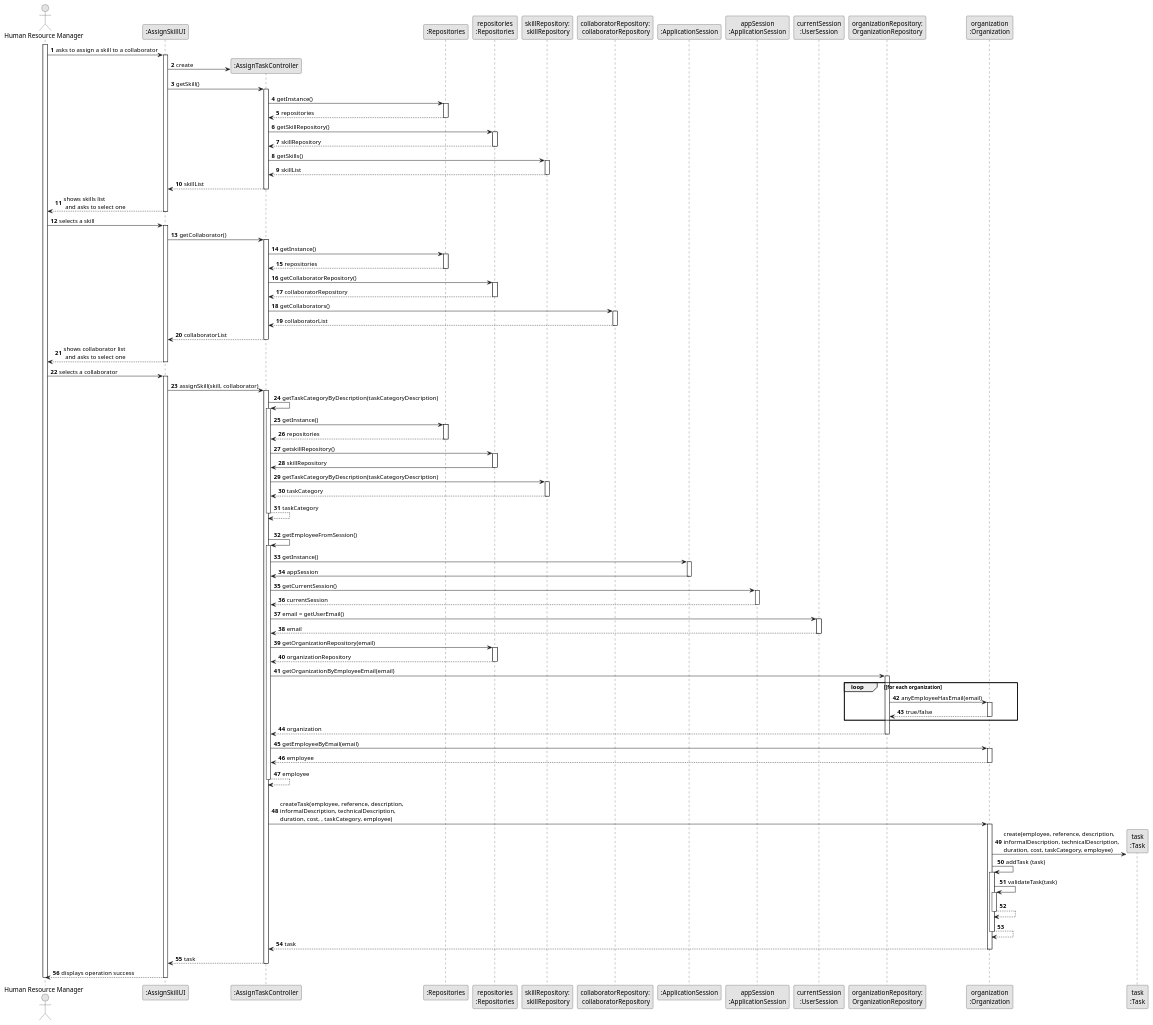
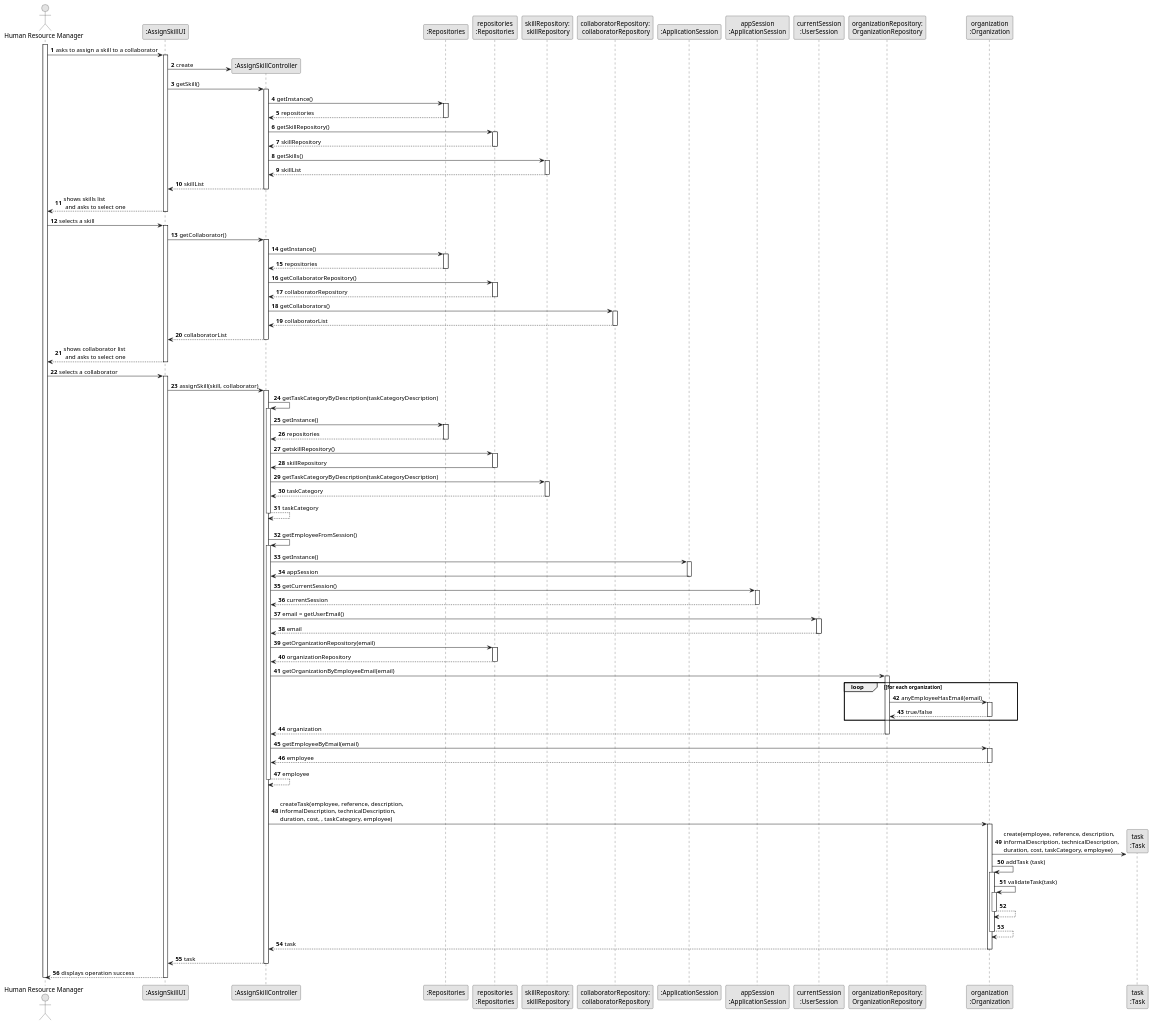
One commit to Departamento-de-Engenharia-Informatica/lei-24-s2-1dl-g121 changed the diagram in docs/sprintB/us004/03.design/puml/us004-sequence-diagram-full.puml. Above: the diagram before and after it, drawn with PlantUML. The commit also changed 1 other file, not shown here.

Commit message:
updated project-domain-model.puml and us004-sequence-diagram-full.puml

```diff
--- a/docs/sprintB/us004/03.design/puml/us004-sequence-diagram-full.puml
+++ b/docs/sprintB/us004/03.design/puml/us004-sequence-diagram-full.puml
@@ -1,199 +1,199 @@
 @startuml
 skinparam monochrome true
 skinparam packageStyle rectangle
 skinparam shadowing false
 
 autonumber
 
 'hide footbox
 actor "Human Resource Manager" as ADM
 participant ":AssignSkillUI" as UI
-participant ":AssignTaskController" as CTRL
+participant ":AssignSkillController" as CTRL
 participant ":Repositories" as RepositorySingleton
 participant "repositories\n:Repositories" as PLAT
 participant "skillRepository:\n skillRepository" as skillRepository
 participant "collaboratorRepository:\n collaboratorRepository" as collaboratorRepository
 participant ":ApplicationSession" as _APP
 participant "appSession\n:ApplicationSession" as APP
 participant "currentSession\n:UserSession" as SESSAO
 participant "organizationRepository:\nOrganizationRepository" as OrganizationRepository
 participant "organization\n:Organization" as ORG
 participant "task\n:Task" as TAREFA
 
 activate ADM
 
         ADM -> UI : asks to assign a skill to a collaborator
 
         activate UI
 
 '            UI --> ADM : requests data (reference, description,  informal \n description, technical description, duration, cost)
             'create CTRL
             UI -> CTRL** : create
 
             UI -> CTRL : getSkill()
             activate CTRL
 
                 CTRL -> RepositorySingleton : getInstance()
                 activate RepositorySingleton
 
                     RepositorySingleton --> CTRL: repositories
                 deactivate RepositorySingleton
 
                 CTRL -> PLAT : getSkillRepository()
                 activate PLAT
 
                     PLAT --> CTRL: skillRepository
                 deactivate PLAT
 
                 CTRL -> skillRepository : getSkills()
                 activate skillRepository
 
                     skillRepository --> CTRL : skillList
                 deactivate skillRepository
 
                 CTRL --> UI : skillList
             deactivate CTRL
 
             UI --> ADM : shows skills list\n and asks to select one
         deactivate UI
 
     ADM -> UI : selects a skill
     activate UI
 
             UI -> CTRL : getCollaborator()
             activate CTRL
 
                 CTRL -> RepositorySingleton : getInstance()
                 activate RepositorySingleton
 
                     RepositorySingleton --> CTRL: repositories
                 deactivate RepositorySingleton
 
                 CTRL -> PLAT : getCollaboratorRepository()
                 activate PLAT
 
                     PLAT --> CTRL: collaboratorRepository
                 deactivate PLAT
 
                 CTRL -> collaboratorRepository : getCollaborators()
                 activate collaboratorRepository
 
                     collaboratorRepository --> CTRL : collaboratorList
                 deactivate collaboratorRepository
 
                 CTRL --> UI : collaboratorList
             deactivate CTRL
 
         UI --> ADM : shows collaborator list\n and asks to select one
     deactivate UI
 
     ADM -> UI : selects a collaborator
     activate UI
 
         UI -> CTRL : assignSkill(skill, collaborator)
         activate CTRL
 
             CTRL -> CTRL : getTaskCategoryByDescription(taskCategoryDescription)
             activate CTRL
 
                 CTRL -> RepositorySingleton : getInstance()
                 activate RepositorySingleton
 
                     RepositorySingleton --> CTRL: repositories
                 deactivate RepositorySingleton
 
                 CTRL -> PLAT : getskillRepository()
                 activate PLAT
 
                     PLAT -> CTRL : skillRepository
                 deactivate PLAT
 
                 CTRL -> skillRepository : getTaskCategoryByDescription(taskCategoryDescription)
                 activate skillRepository
 
                     skillRepository --> CTRL : taskCategory
                 deactivate skillRepository
                     CTRL --> CTRL : taskCategory
             deactivate CTRL
 
             |||
             CTRL -> CTRL : getEmployeeFromSession()
             activate CTRL
 
                 CTRL -> _APP: getInstance()
                 activate _APP
                     _APP -> CTRL: appSession
                 deactivate _APP
 
 
                 CTRL -> APP: getCurrentSession()
                 activate APP
 
                     APP --> CTRL: currentSession
                 deactivate APP
 
                 CTRL -> SESSAO: email = getUserEmail()
                 activate SESSAO
 
                     SESSAO --> CTRL: email
                 deactivate SESSAO
 
 
                 CTRL -> PLAT: getOrganizationRepository(email)
                 activate PLAT
 
                     PLAT --> CTRL: organizationRepository
                 deactivate PLAT
 
 
                 CTRL -> OrganizationRepository: getOrganizationByEmployeeEmail(email)
                 activate OrganizationRepository
 
                     loop [for each organization
                         OrganizationRepository -> ORG : anyEmployeeHasEmail(email)
                         activate ORG
 
                              ORG --> OrganizationRepository : true/false
                         deactivate ORG
                     end
                     OrganizationRepository --> CTRL : organization
                 deactivate OrganizationRepository
 
                 CTRL -> ORG: getEmployeeByEmail(email)
                 activate ORG
 
                     ORG --> CTRL : employee
                 deactivate ORG
 
                 CTRL --> CTRL : employee
             deactivate CTRL
 
             |||
             CTRL -> ORG: createTask(employee, reference, description,\ninformalDescription, technicalDescription,\nduration, cost, , taskCategory, employee)
             activate ORG
 
                 ORG -> TAREFA**: create(employee, reference, description,\ninformalDescription, technicalDescription,\nduration, cost, taskCategory, employee)
                 ORG -> ORG: addTask (task)
 
 
                 activate ORG
                     ORG -> ORG: validateTask(task)
                     activate ORG
                         ORG --> ORG
                     deactivate ORG
 
                     ORG --> ORG
                 deactivate ORG
 
                 ORG --> CTRL : task
 
             deactivate ORG
 
             CTRL --> UI: task
             deactivate CTRL
             UI --> ADM: displays operation success
     deactivate UI
 
 deactivate ADM
 
 @enduml
```
